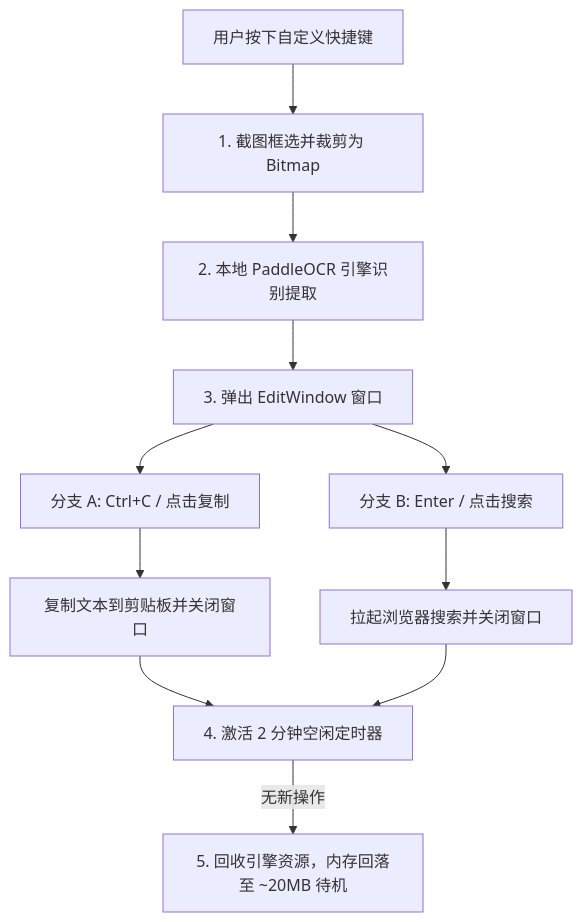
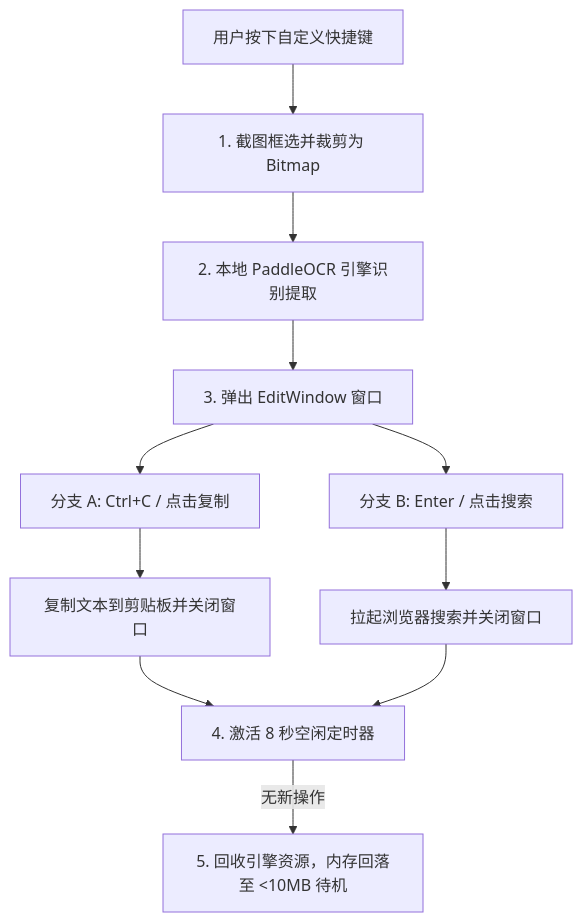
One commit to Loecedas/SnapFind changed the diagram in README.md. Above: the diagram before and after it, drawn with Mermaid. The commit also changed other lines of this file and 1 other file, not shown here.

````diff
--- a/README.md
+++ b/README.md
@@ -124,16 +120,16 @@
 ```mermaid
 graph TD
     A[用户按下自定义快捷键] --> B["1. 截图框选并裁剪为 Bitmap"]
     B --> C["2. 本地 PaddleOCR 引擎识别提取"]
     C --> D["3. 弹出 EditWindow 窗口"]
     
     D --> H1[分支 A: Ctrl+C / 点击复制]
     H1 --> I1[复制文本到剪贴板并关闭窗口]
     
     D --> H2[分支 B: Enter / 点击搜索]
     H2 --> I2[拉起浏览器搜索并关闭窗口]
     
-    I1 --> J["4. 激活 2 分钟空闲定时器"]
+    I1 --> J["4. 激活 8 秒空闲定时器"]
     I2 --> J
-    J -- 无新操作 --> K["5. 回收引擎资源，内存回落至 ~20MB 待机"]
+    J -- 无新操作 --> K["5. 回收引擎资源，内存回落至 <10MB 待机"]
 ```
````
